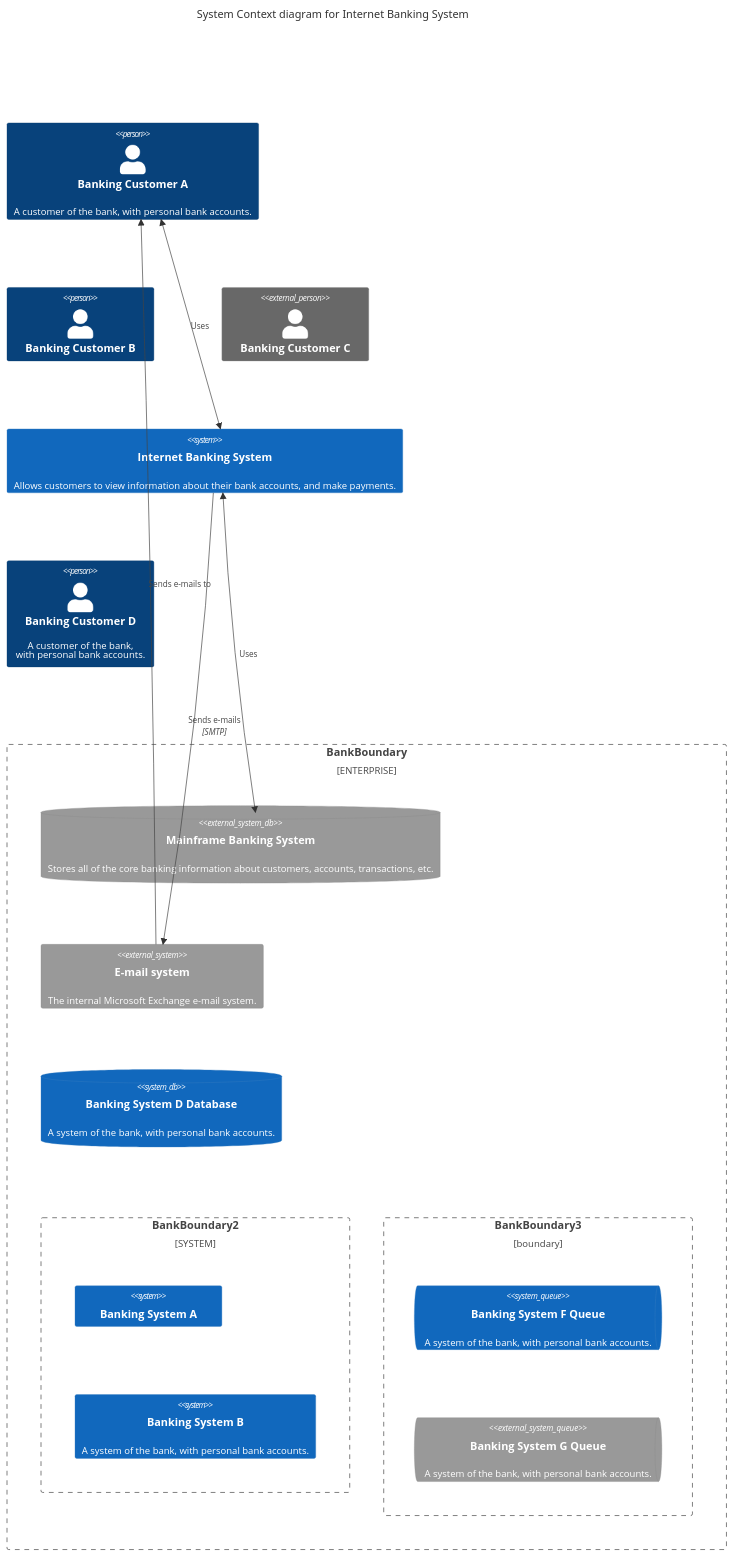
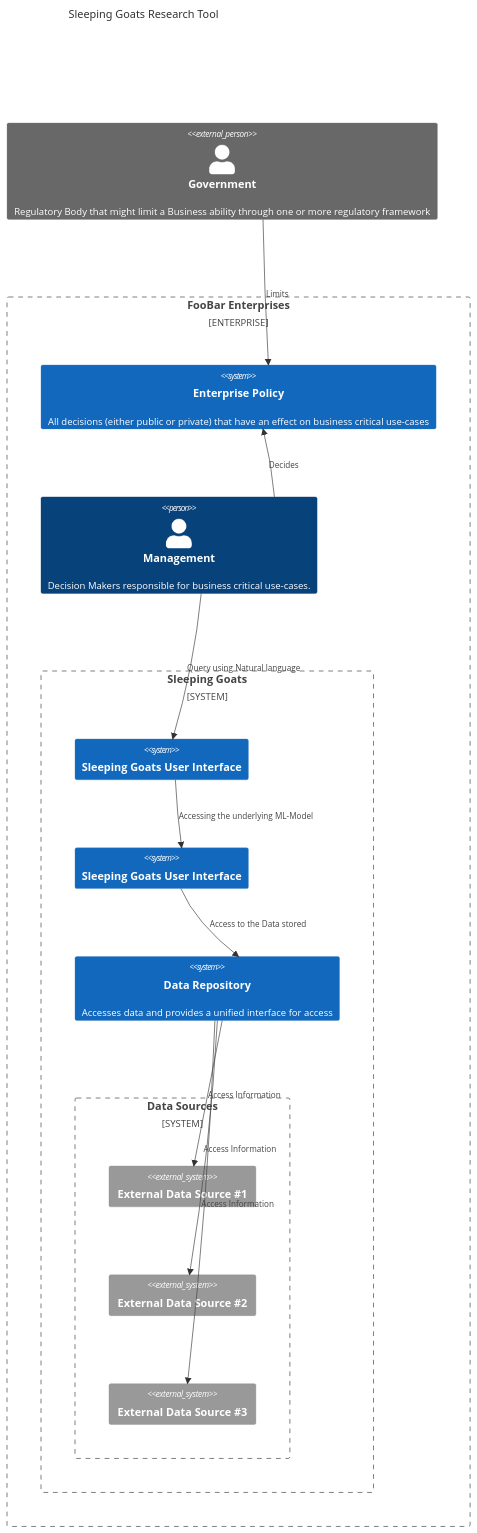
The second of 2 diagrams in README.md (Sleeping-Goats/main), drawn with Mermaid before and after one commit. The commit also changed other lines of this file, not shown here.

Commit message:
add initial high level overview

````diff
--- a/README.md
+++ b/README.md
@@ -3,34 +36,32 @@
 ```mermaid
 C4Context
-title System Context diagram for Internet Banking System
+    title Sleeping Goats Research Tool
+    Person_Ext(gGovernment, "Government", "Regulatory Body that might limit a Business ability through one or more regulatory framework")
 
-Person(customerA, "Banking Customer A", "A customer of the bank, with personal bank accounts.")
-Person(customerB, "Banking Customer B")
-Person_Ext(customerC, "Banking Customer C")
-System(SystemAA, "Internet Banking System", "Allows customers to view information about their bank accounts, and make payments.")
+    Enterprise_Boundary(b1, "FooBar Enterprises") {
+        System(sPolicy, "Enterprise Policy", "All decisions (either public or private) that have an effect on business critical use-cases")
+        Person(pManager, "Management", "Decision Makers responsible for business critical use-cases.")
 
-Person(customerD, "Banking Customer D", "A customer of the bank, <br/> with personal bank accounts.")
+        System_Boundary(b2, "Sleeping Goats") {
+            System(sUI, "Sleeping Goats User Interface")
+            System(sAggregator, "Sleeping Goats User Interface")
+            System(sDataRepository, "Data Repository", "Accesses data and provides a unified interface for access")
 
-Enterprise_Boundary(b1, "BankBoundary") {
+            System_Boundary(b3, "Data Sources") {
+                System_Ext(s1, "External Data Source #1")
+                System_Ext(s2, "External Data Source #2")
+                System_Ext(s3, "External Data Source #3")
+                Rel(sDataRepository, s1, "Access Information")
+                Rel(sDataRepository, s2, "Access Information")
+                Rel(sDataRepository, s3, "Access Information")
+            }
 
-  SystemDb_Ext(SystemE, "Mainframe Banking System", "Stores all of the core banking information about customers, accounts, transactions, etc.")
+            Rel(pManager, sUI, "Query using Natural language")
+            Rel(sUI, sAggregator, "Accessing the underlying ML-Model")
+            Rel(sAggregator, sDataRepository, "Access to the Data stored")
+        }
+    }
 
-  System_Boundary(b2, "BankBoundary2") {
-    System(SystemA, "Banking System A")
-    System(SystemB, "Banking System B", "A system of the bank, with personal bank accounts.")
-  }
-
-  System_Ext(SystemC, "E-mail system", "The internal Microsoft Exchange e-mail system.")
-  SystemDb(SystemD, "Banking System D Database", "A system of the bank, with personal bank accounts.")
-
-  Boundary(b3, "BankBoundary3", "boundary") {
-    SystemQueue(SystemF, "Banking System F Queue", "A system of the bank, with personal bank accounts.")
-    SystemQueue_Ext(SystemG, "Banking System G Queue", "A system of the bank, with personal bank accounts.")
-  }
-}
-
-BiRel(customerA, SystemAA, "Uses")
-BiRel(SystemAA, SystemE, "Uses")
-Rel(SystemAA, SystemC, "Sends e-mails", "SMTP")
-Rel(SystemC, customerA, "Sends e-mails to")
+    Rel(gGovernment, sPolicy, "Limits")
+    Rel(pManager, sPolicy, "Decides")
 ```
````
